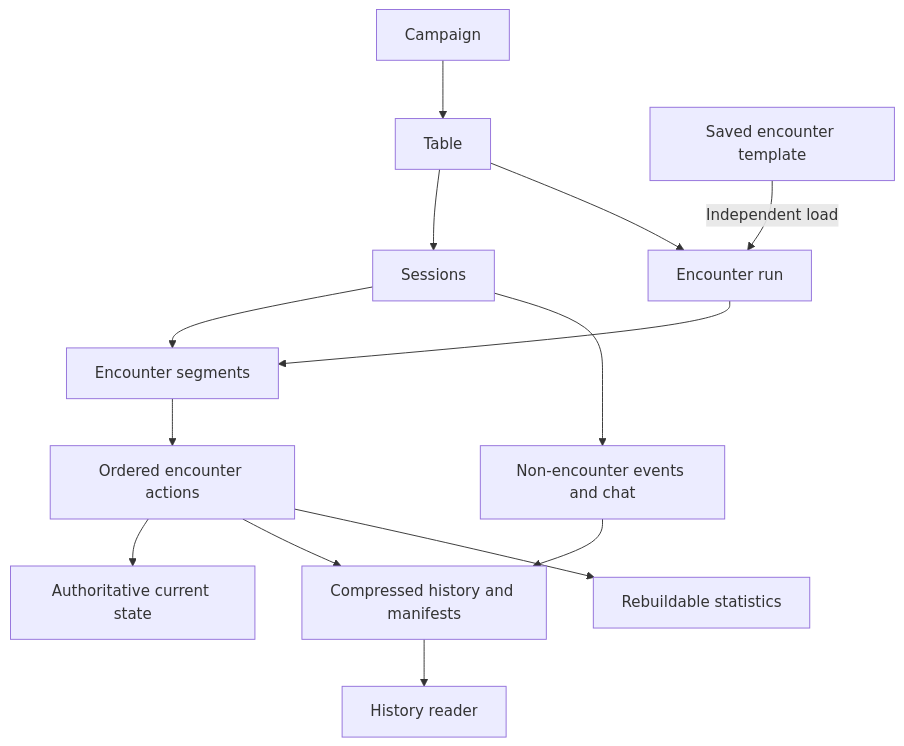
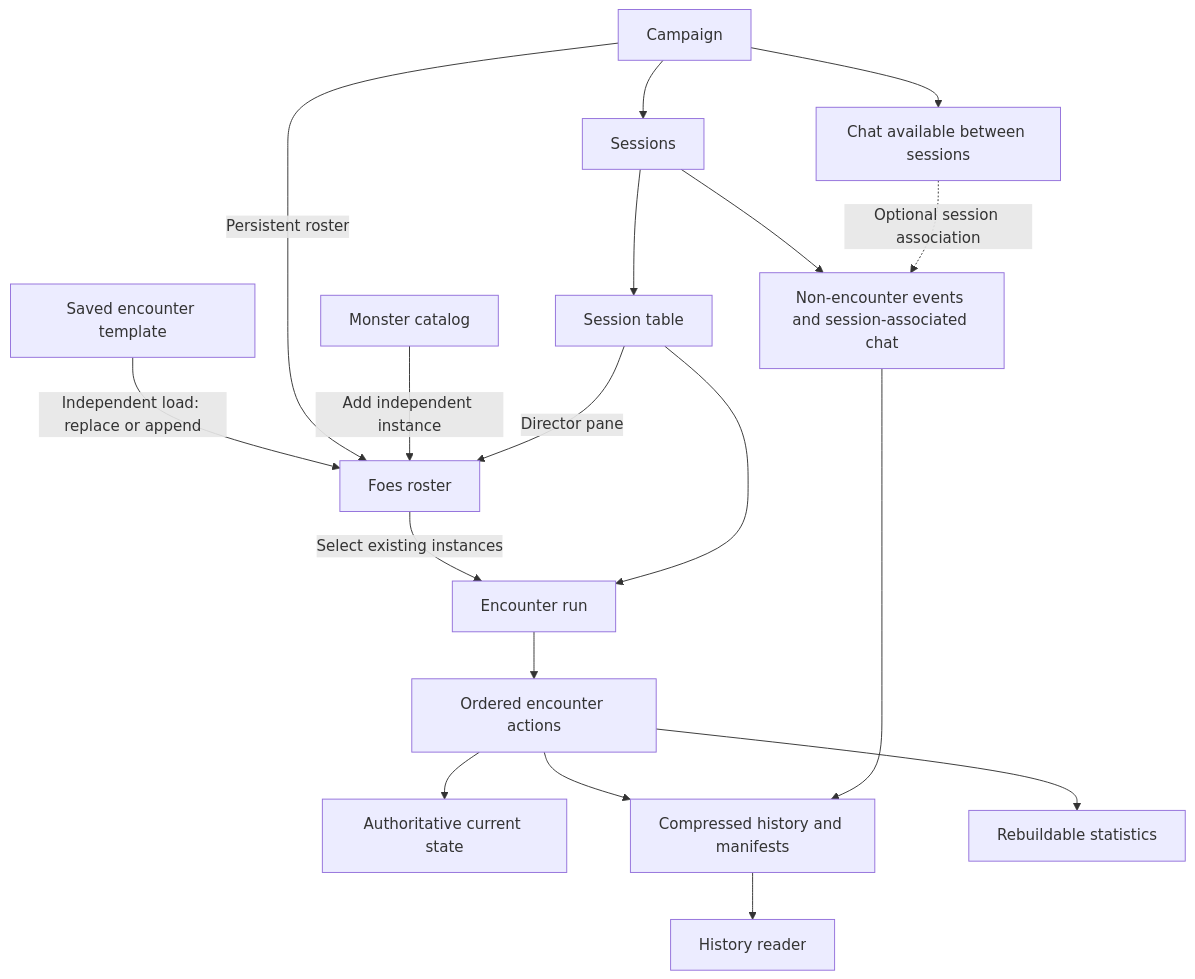
Before and after one commit to illos/salient: the diagram in docs/data-architecture-spec.md, drawn with Mermaid. The commit also changed other lines of this file and 33 other files, not shown here.

````diff
--- a/docs/data-architecture-spec.md
+++ b/docs/data-architecture-spec.md
@@ -51,16 +234,20 @@
 ```mermaid
 flowchart TD
-    C[Campaign] --> T[Table]
-    T --> S[Sessions]
-    P[Saved encounter template] -->|Independent load| E[Encounter run]
+    C[Campaign] --> S[Sessions]
+    S --> T[Session table]
+    P[Saved encounter template] -->|Independent load: replace or append| F[Foes roster]
+    C -->|Persistent roster| F
+    D[Monster catalog] -->|Add independent instance| F
+    T -->|Director pane| F
+    F -->|Select existing instances| E[Encounter run]
     T --> E
-    S --> X[Encounter segments]
-    E --> X
-    S --> N[Non-encounter events and chat]
-    X --> J[Ordered encounter actions]
+    S --> N[Non-encounter events and session-associated chat]
+    C --> H[Chat available between sessions]
+    H -. Optional session association .-> N
+    E --> J[Ordered encounter actions]
     J --> L[Authoritative current state]
     J --> A[Compressed history and manifests]
     N --> A
     A --> R[History reader]
     J --> M[Rebuildable statistics]
 ```
````
